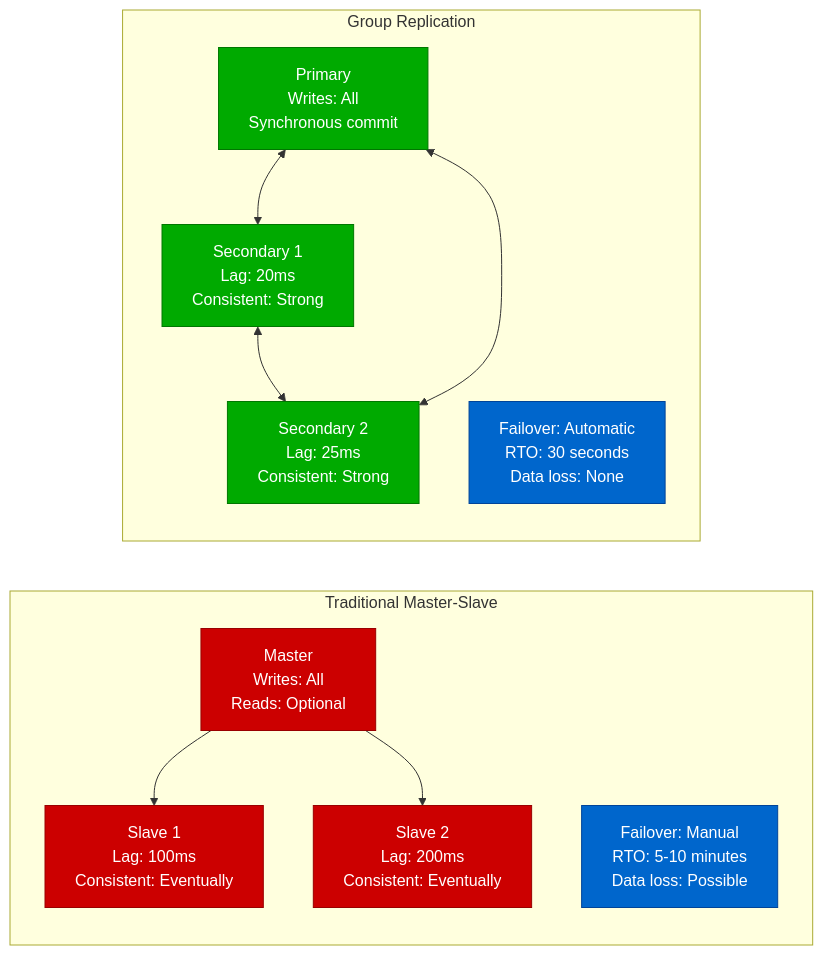
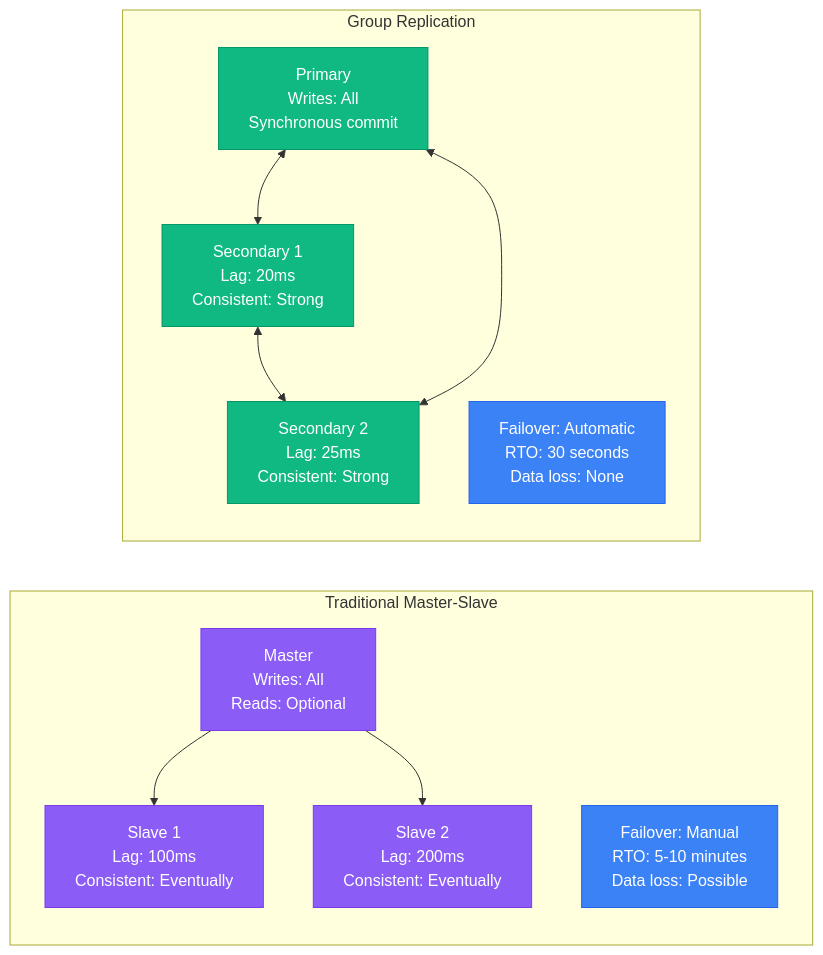
The fourth of 11 diagrams in site/docs/performance/mysql-performance-profile.md (deepaucksharma/DS), drawn with Mermaid before and after one commit. The commit also changed other lines of this file and 303 other files, not shown here.

````diff
--- a/site/docs/performance/mysql-performance-profile.md
+++ b/site/docs/performance/mysql-performance-profile.md
@@ -177,33 +177,33 @@
 ```mermaid
 graph LR
     subgraph "Traditional Master-Slave"
         T1[Master<br/>Writes: All<br/>Reads: Optional]
         T2[Slave 1<br/>Lag: 100ms<br/>Consistent: Eventually]
         T3[Slave 2<br/>Lag: 200ms<br/>Consistent: Eventually]
 
         T1 --> T2
         T1 --> T3
 
         T4[Failover: Manual<br/>RTO: 5-10 minutes<br/>Data loss: Possible]
     end
 
     subgraph "Group Replication"
         G1[Primary<br/>Writes: All<br/>Synchronous commit]
         G2[Secondary 1<br/>Lag: 20ms<br/>Consistent: Strong]
         G3[Secondary 2<br/>Lag: 25ms<br/>Consistent: Strong]
 
         G1 <--> G2
         G2 <--> G3
         G3 <--> G1
 
         G4[Failover: Automatic<br/>RTO: 30 seconds<br/>Data loss: None]
     end
 
-    classDef traditionalStyle fill:#CC0000,stroke:#990000,color:#fff
-    classDef groupStyle fill:#00AA00,stroke:#007700,color:#fff
-    classDef metricStyle fill:#0066CC,stroke:#004499,color:#fff
+    classDef traditionalStyle fill:#8B5CF6,stroke:#7C3AED,color:#fff
+    classDef groupStyle fill:#10B981,stroke:#059669,color:#fff
+    classDef metricStyle fill:#3B82F6,stroke:#2563EB,color:#fff
 
     class T1,T2,T3 traditionalStyle
     class G1,G2,G3 groupStyle
     class T4,G4 metricStyle
 ```
````
